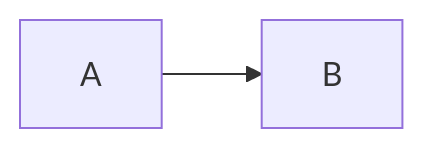
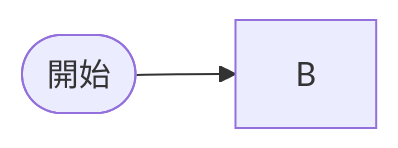
The first of 3 diagrams in README.md (tpu-game-2023/mermaid_test), drawn with Mermaid before and after one commit.

Commit message:
見取り図文字入れ確認

````diff
--- a/README.md
+++ b/README.md
@@ -20,5 +20,5 @@
 ```mermaid
 flowchart LR;
-   A --> B;
+   A([開始]) --> B;
    
 ```
````
